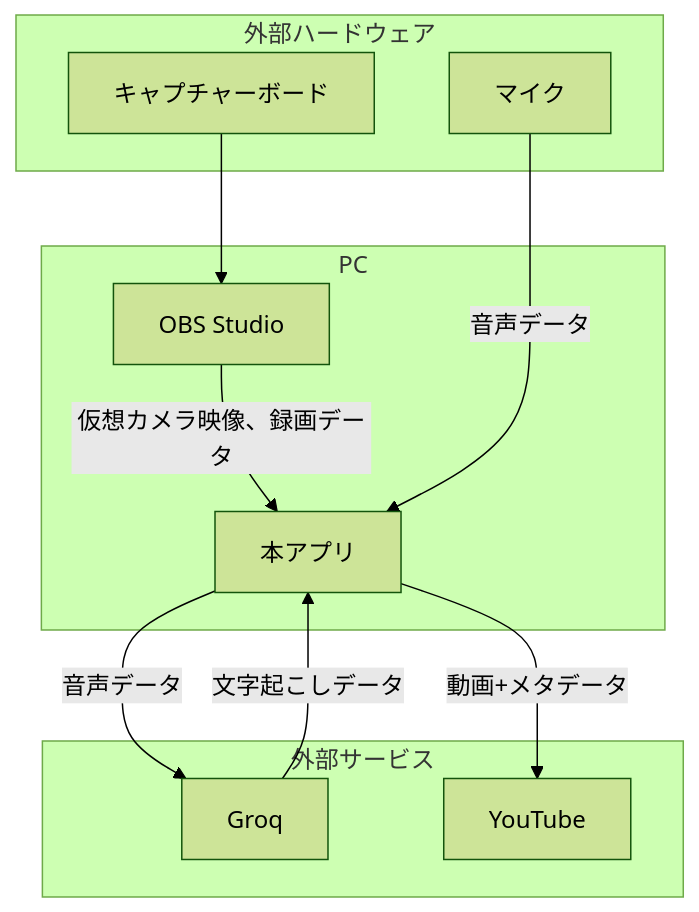
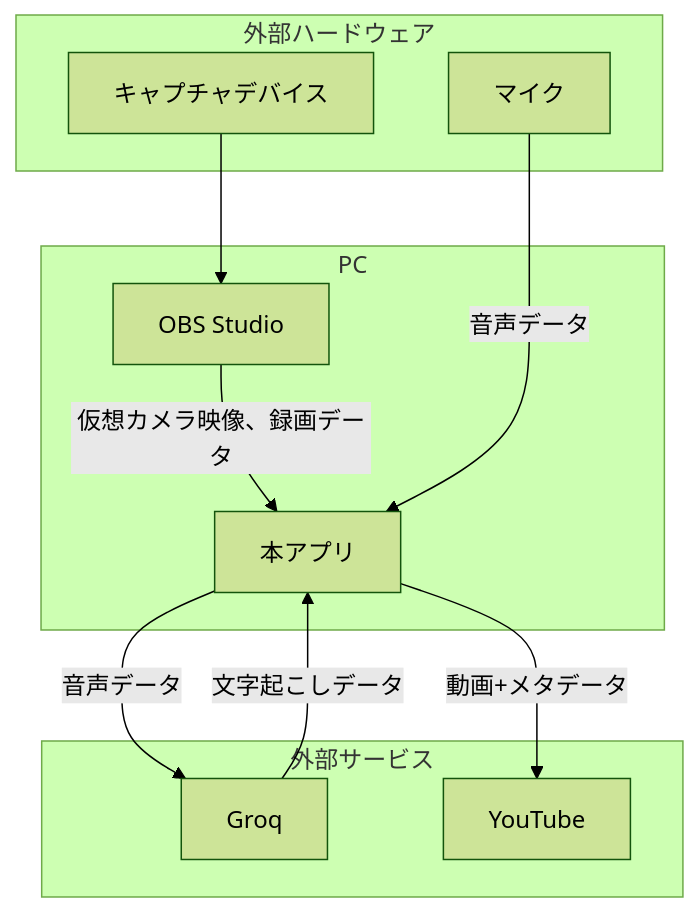
The second of 6 diagrams in docs/external_spec.md (saw4405/splat-replay2), drawn with Mermaid (forest theme) before and after one commit. The commit also changed other lines of this file, not shown here.

````diff
--- a/docs/external_spec.md
+++ b/docs/external_spec.md
@@ -34,19 +34,19 @@
 ```mermaid
 graph TD
     subgraph 外部ハードウェア
         Microphone[マイク]
-        CaptureBoard[キャプチャーボード]
+        CaptureDevice[キャプチャデバイス]
     end
     subgraph 外部サービス
         Groq[Groq]
         YouTube[YouTube]
     end
     subgraph PC
-        CaptureBoard --> OBS[OBS Studio]
+        CaptureDevice --> OBS[OBS Studio]
         OBS -- 仮想カメラ映像、録画データ --> App[本アプリ]
         Microphone[マイク] -- 音声データ --> App
         App -- 音声データ --> Groq
         Groq -- 文字起こしデータ --> App
         App -- 動画+メタデータ --> YouTube
     end
 ```
````
